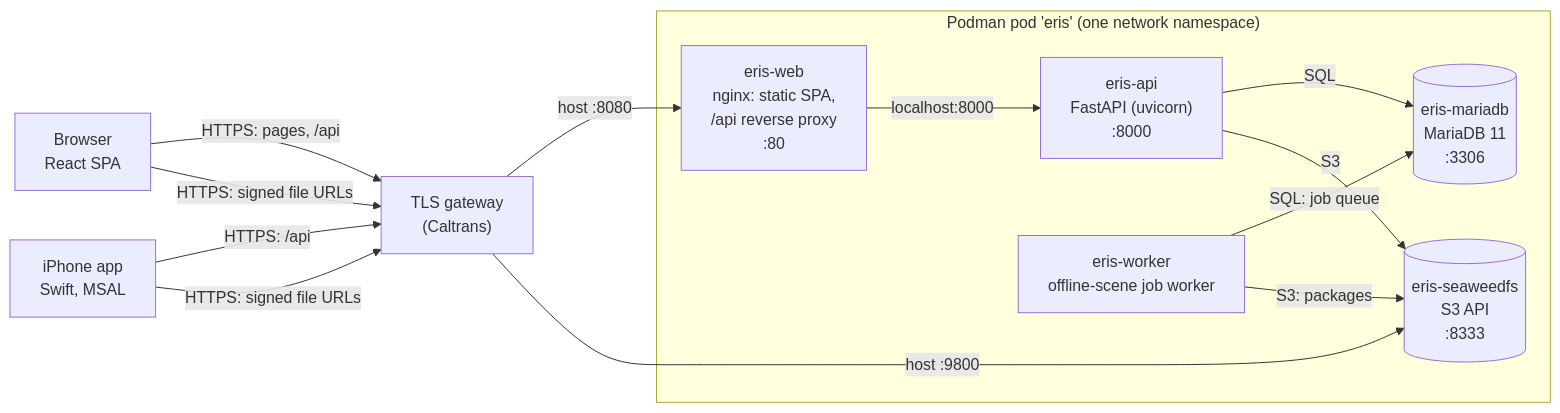
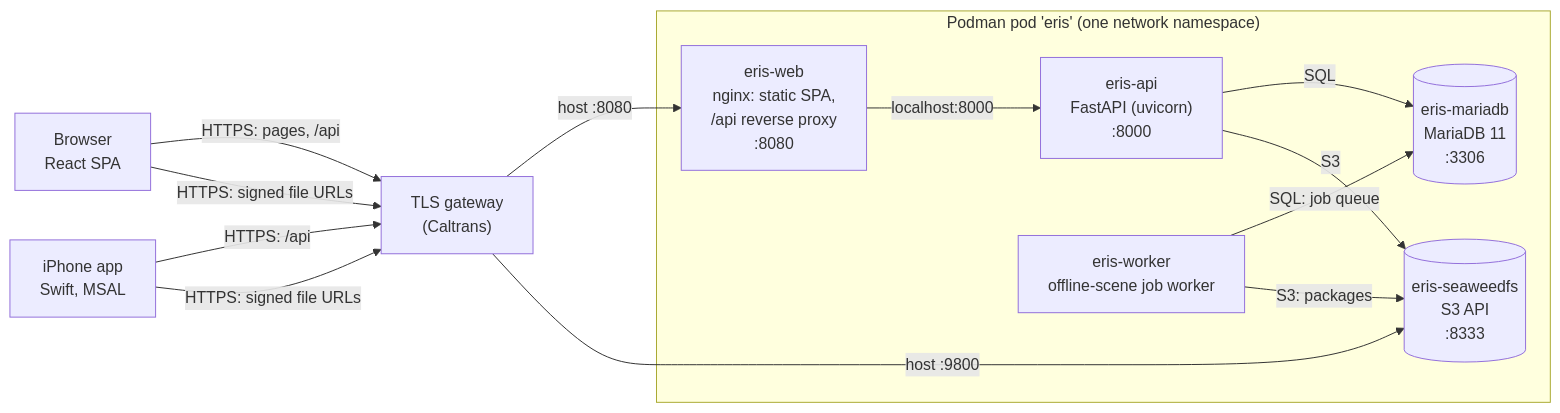
One commit to Alexeitor292/ERIS_REACT_native changed the second of 6 diagrams in docs/architecture/README.md. Above: the diagram before and after it, drawn with Mermaid. The commit also changed 42 other files, not shown here.

````diff
--- a/docs/architecture/README.md
+++ b/docs/architecture/README.md
@@ -42,26 +42,26 @@
 ```mermaid
 flowchart LR
     browser["Browser<br/>React SPA"]
     iphone["iPhone app<br/>Swift, MSAL"]
     gw["TLS gateway<br/>(Caltrans)"]
 
     subgraph pod["Podman pod 'eris' (one network namespace)"]
-        web["eris-web<br/>nginx: static SPA,<br/>/api reverse proxy<br/>:80"]
+        web["eris-web<br/>nginx: static SPA,<br/>/api reverse proxy<br/>:8080"]
         api["eris-api<br/>FastAPI (uvicorn)<br/>:8000"]
         worker["eris-worker<br/>offline-scene job worker"]
         db[("eris-mariadb<br/>MariaDB 11<br/>:3306")]
         s3[("eris-seaweedfs<br/>S3 API<br/>:8333")]
     end
 
     browser -->|"HTTPS: pages, /api"| gw
     iphone -->|"HTTPS: /api"| gw
     browser -->|"HTTPS: signed file URLs"| gw
     iphone -->|"HTTPS: signed file URLs"| gw
     gw -->|"host :8080"| web
     gw -->|"host :9800"| s3
     web -->|"localhost:8000"| api
     api -->|SQL| db
     api -->|S3| s3
     worker -->|SQL: job queue| db
     worker -->|S3: packages| s3
 ```
````
